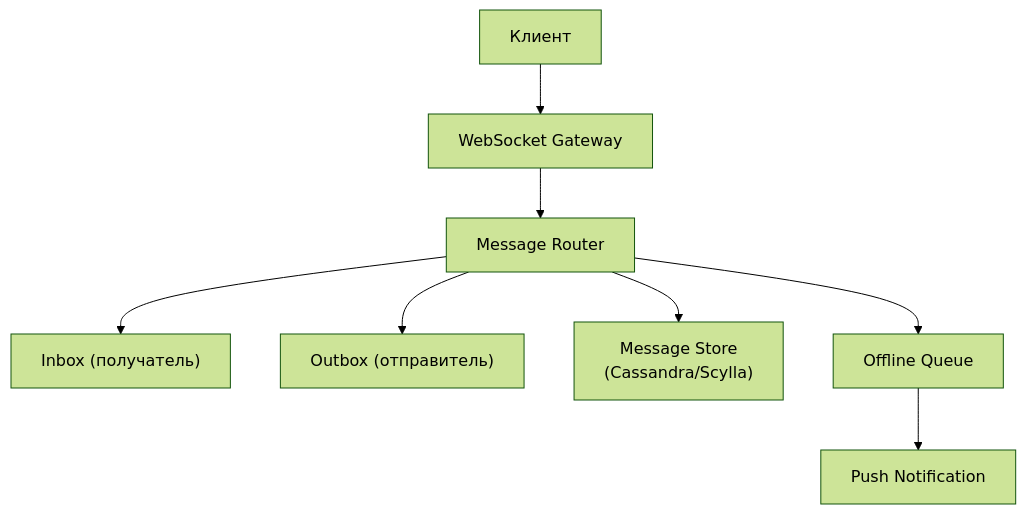
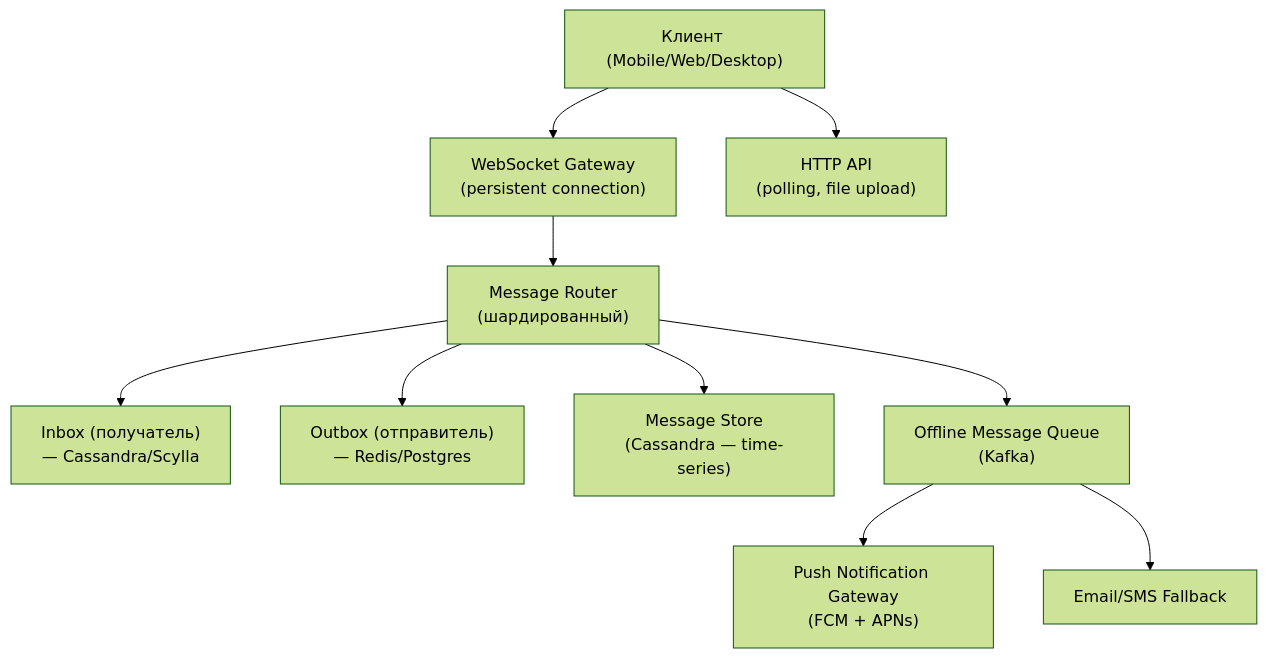
Before and after one commit to sergeyodnoval-bot/sysanalyst-kb.github.io: the diagram in docs/specialization/socnet-messenger.md, drawn with Mermaid (forest theme). The commit also changed other lines of this file and 12 other files, not shown here.

````diff
--- a/docs/specialization/socnet-messenger.md
+++ b/docs/specialization/socnet-messenger.md
@@ -22,10 +31,13 @@
 ```mermaid
 flowchart TD
-    CLIENT["Клиент"] --> WS["WebSocket Gateway"]
-    WS --> ROUT["Message Router"]
-    ROUT --> INBOX["Inbox (получатель)"]
-    ROUT --> OUTBOX["Outbox (отправитель)"]
-    ROUT --> STORE["Message Store<br/>(Cassandra/Scylla)"]
-    ROUT --> QUEUE["Offline Queue"]
-    QUEUE --> PUSH["Push Notification"]
+    CLIENT["Клиент (Mobile/Web/Desktop)"]
+    CLIENT --> WS["WebSocket Gateway<br/>(persistent connection)"]
+    CLIENT --> HTTP["HTTP API<br/>(polling, file upload)"]
+    WS --> ROUT["Message Router<br/>(шардированный)"]
+    ROUT --> INBOX["Inbox (получатель)<br/>— Cassandra/Scylla"]
+    ROUT --> OUTBOX["Outbox (отправитель)<br/>— Redis/Postgres"]
+    ROUT --> STORE["Message Store<br/>(Cassandra — time-series)"]
+    ROUT --> QUEUE["Offline Message Queue<br/>(Kafka)"]
+    QUEUE --> PUSH["Push Notification Gateway<br/>(FCM + APNs)"]
+    QUEUE --> EMAIL["Email/SMS Fallback"]
 ```
````
